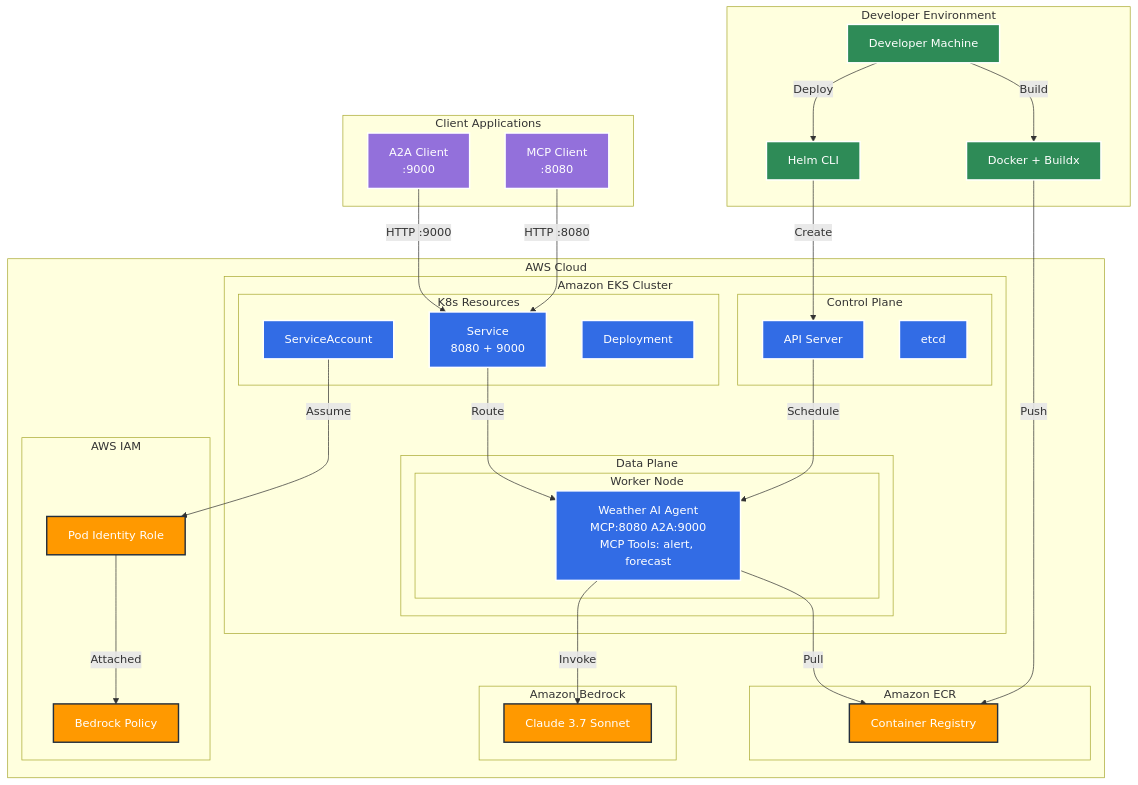
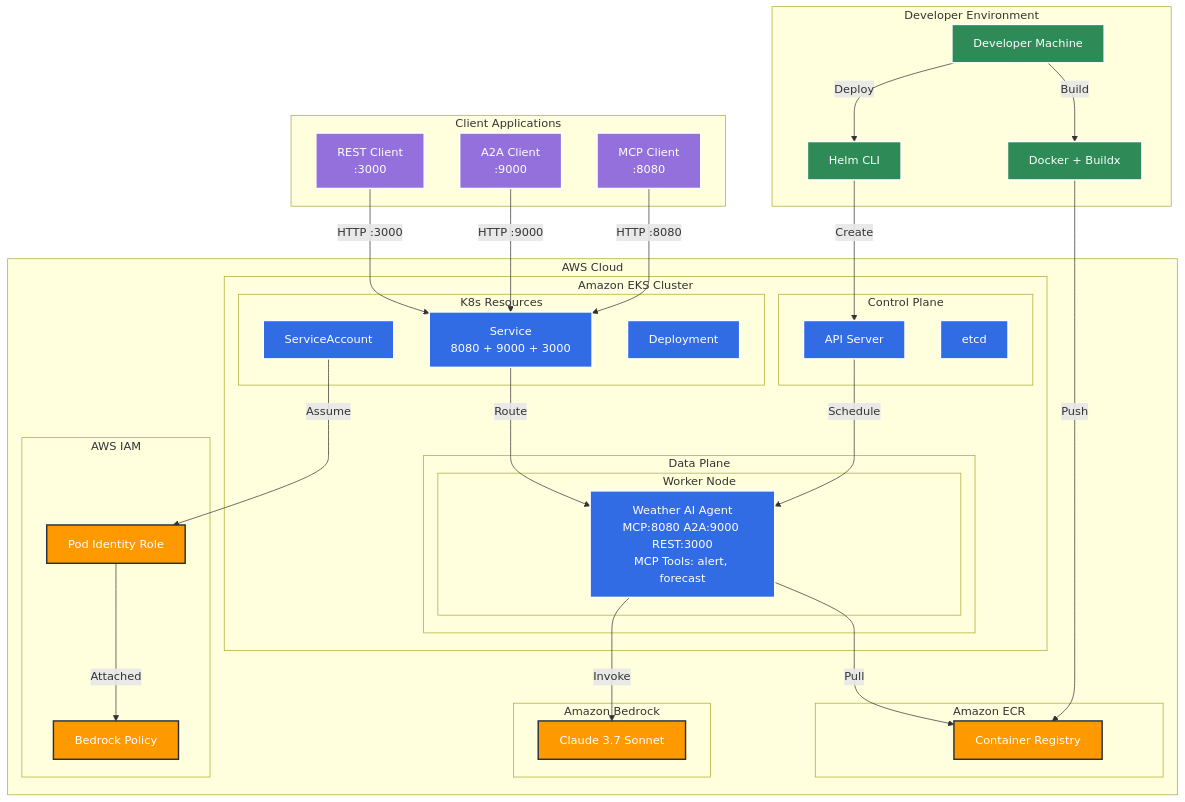
Before and after one commit to zjaco13/ai-on-eks: the diagram in blueprints/agentic/multi-agent-strands-bedrock/weather/README.md, drawn with Mermaid. The commit also changed other lines of this file and 16 other files, not shown here.

First line of the commit message:
Complete Triple Protocol Weather Agent with Test Suite (#4)

````diff
--- a/blueprints/agentic/multi-agent-strands-bedrock/weather/README.md
+++ b/blueprints/agentic/multi-agent-strands-bedrock/weather/README.md
@@ -29,74 +29,76 @@
 ```mermaid
 graph TB
     subgraph "Developer Environment"
         DEV[Developer Machine]
         DOCKER[Docker + Buildx]
         HELM[Helm CLI]
     end
 
     subgraph "AWS Cloud"
         subgraph "Amazon ECR"
             ECR[Container Registry]
         end
 
         subgraph "Amazon Bedrock"
             BEDROCK[Claude 3.7 Sonnet]
         end
 
         subgraph "Amazon EKS Cluster"
             subgraph "Control Plane"
                 API[API Server]
                 ETCD[etcd]
             end
 
             subgraph "Data Plane"
                 subgraph "Worker Node"
-                    POD[Weather AI Agent<br/>MCP:8080 A2A:9000<br/>MCP Tools: alert, forecast]
+                    POD[Weather AI Agent<br/>MCP:8080 A2A:9000 REST:3000<br/>MCP Tools: alert, forecast]
                 end
             end
 
             subgraph "K8s Resources"
-                SVC[Service<br/>8080 + 9000]
+                SVC[Service<br/>8080 + 9000 + 3000]
                 SA[ServiceAccount]
                 DEPLOY[Deployment]
             end
         end
 
         subgraph "AWS IAM"
             ROLE[Pod Identity Role]
             POLICY[Bedrock Policy]
         end
     end
 
     subgraph "Client Applications"
         MCP_CLIENT[MCP Client<br/>:8080]
         A2A_CLIENT[A2A Client<br/>:9000]
+        REST_CLIENT[REST Client<br/>:3000]
     end
 
     DEV -->|Build| DOCKER
     DOCKER -->|Push| ECR
     DEV -->|Deploy| HELM
     HELM -->|Create| API
 
     API -->|Schedule| POD
     SVC -->|Route| POD
 
     SA -->|Assume| ROLE
     ROLE -->|Attached| POLICY
     POD -->|Invoke| BEDROCK
 
     MCP_CLIENT -->|HTTP :8080| SVC
     A2A_CLIENT -->|HTTP :9000| SVC
+    REST_CLIENT -->|HTTP :3000| SVC
 
     POD -->|Pull| ECR
 
     classDef aws fill:#FF9900,stroke:#232F3E,stroke-width:2px,color:#fff
     classDef k8s fill:#326CE5,stroke:#fff,stroke-width:2px,color:#fff
     classDef dev fill:#2E8B57,stroke:#fff,stroke-width:2px,color:#fff
     classDef client fill:#9370DB,stroke:#fff,stroke-width:2px,color:#fff
 
     class ECR,BEDROCK,ROLE,POLICY aws
     class API,ETCD,POD,SVC,SA,DEPLOY k8s
     class DEV,DOCKER,HELM dev
-    class MCP_CLIENT,A2A_CLIENT,CUSTOM_MCP,CUSTOM_A2A client
+    class MCP_CLIENT,A2A_CLIENT,REST_CLIENT client
 ```
````
